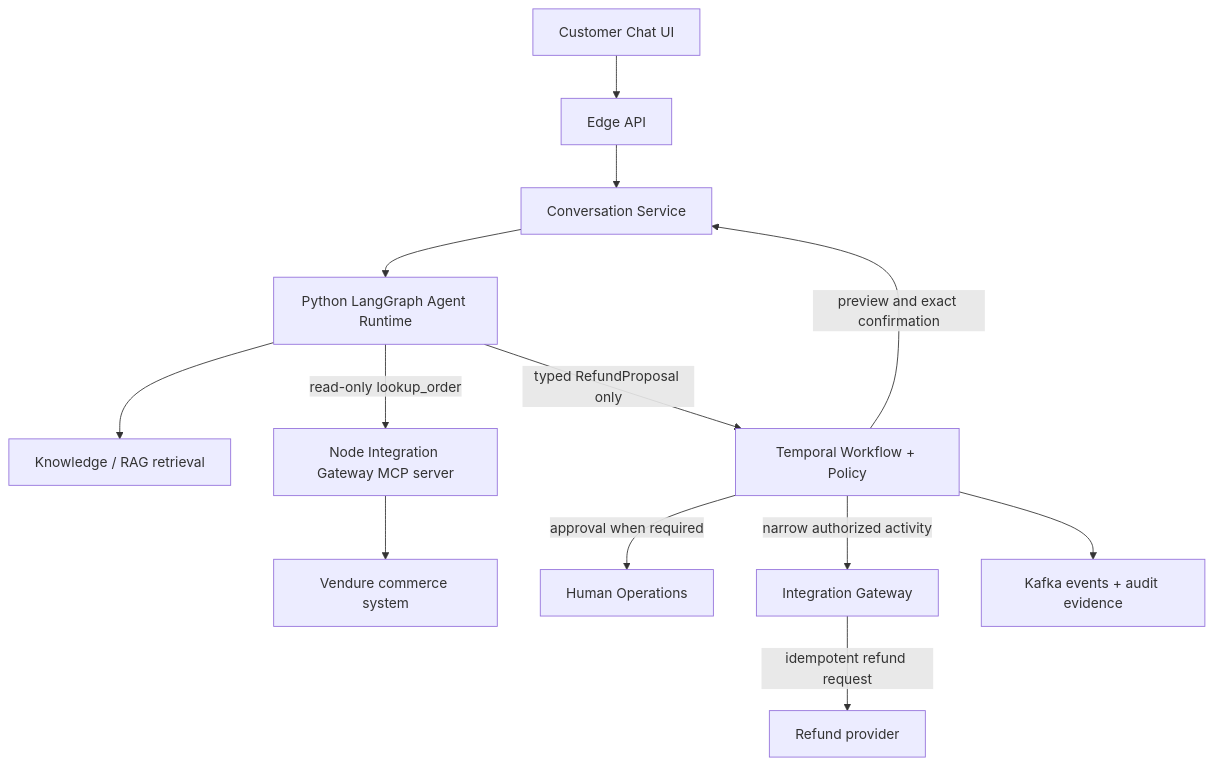
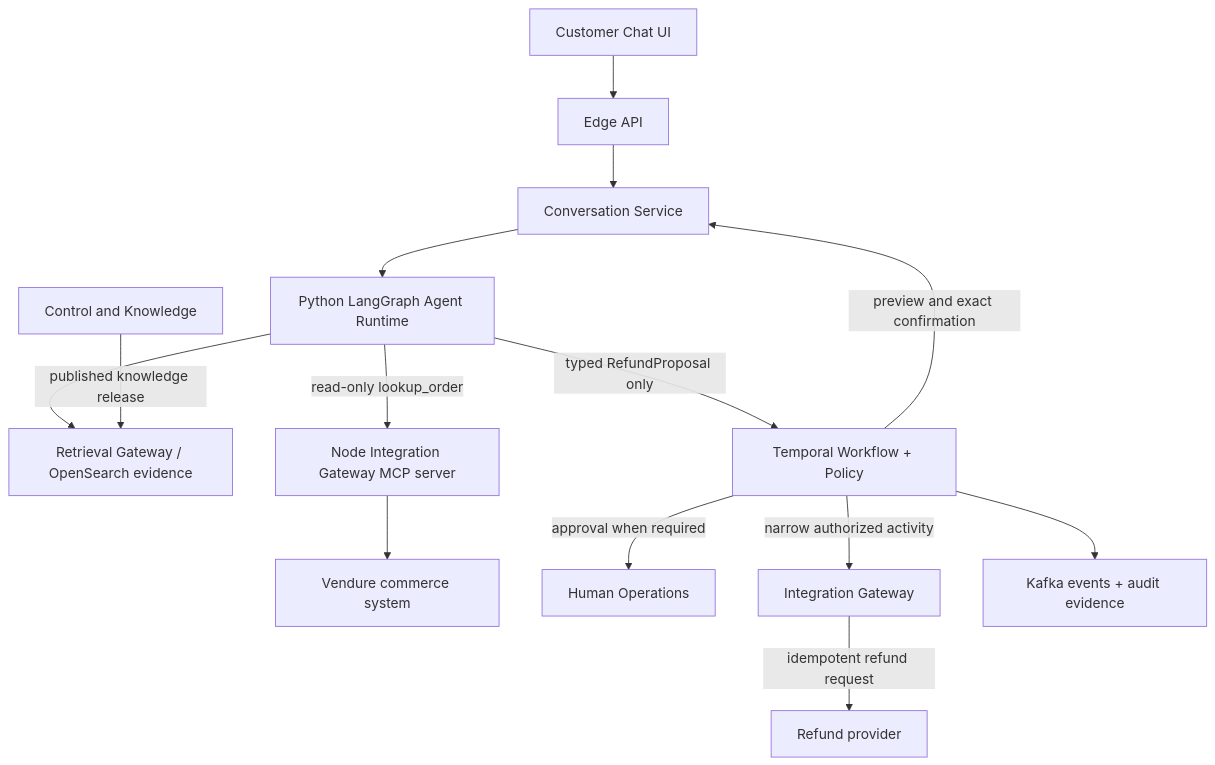
Before and after one commit to chaitanya-y/customer-service-OS-lite: the diagram in docs/PROJECT_CONTEXT.md, drawn with Mermaid. The commit also changed other lines of this file and 24 other files, not shown here.

````diff
--- a/docs/PROJECT_CONTEXT.md
+++ b/docs/PROJECT_CONTEXT.md
@@ -77,15 +77,16 @@
 ```mermaid
 flowchart TD
     UI["Customer Chat UI"] --> EDGE["Edge API"]
     EDGE --> CONV["Conversation Service"]
     CONV --> AGENT["Python LangGraph Agent Runtime"]
-    AGENT --> RAG["Knowledge / RAG retrieval"]
+    AGENT --> RAG["Retrieval Gateway / OpenSearch evidence"]
+    CONTROL["Control and Knowledge"] -->|"published knowledge release"| RAG
     AGENT -->|"read-only lookup_order"| MCP["Node Integration Gateway MCP server"]
     MCP --> VENDURE["Vendure commerce system"]
     AGENT -->|"typed RefundProposal only"| WF["Temporal Workflow + Policy"]
     WF -->|"preview and exact confirmation"| CONV
     WF -->|"approval when required"| HUMAN["Human Operations"]
     WF -->|"narrow authorized activity"| GATEWAY["Integration Gateway"]
     GATEWAY -->|"idempotent refund request"| PROVIDER["Refund provider"]
     WF --> EVENTS["Kafka events + audit evidence"]
 ```
````
